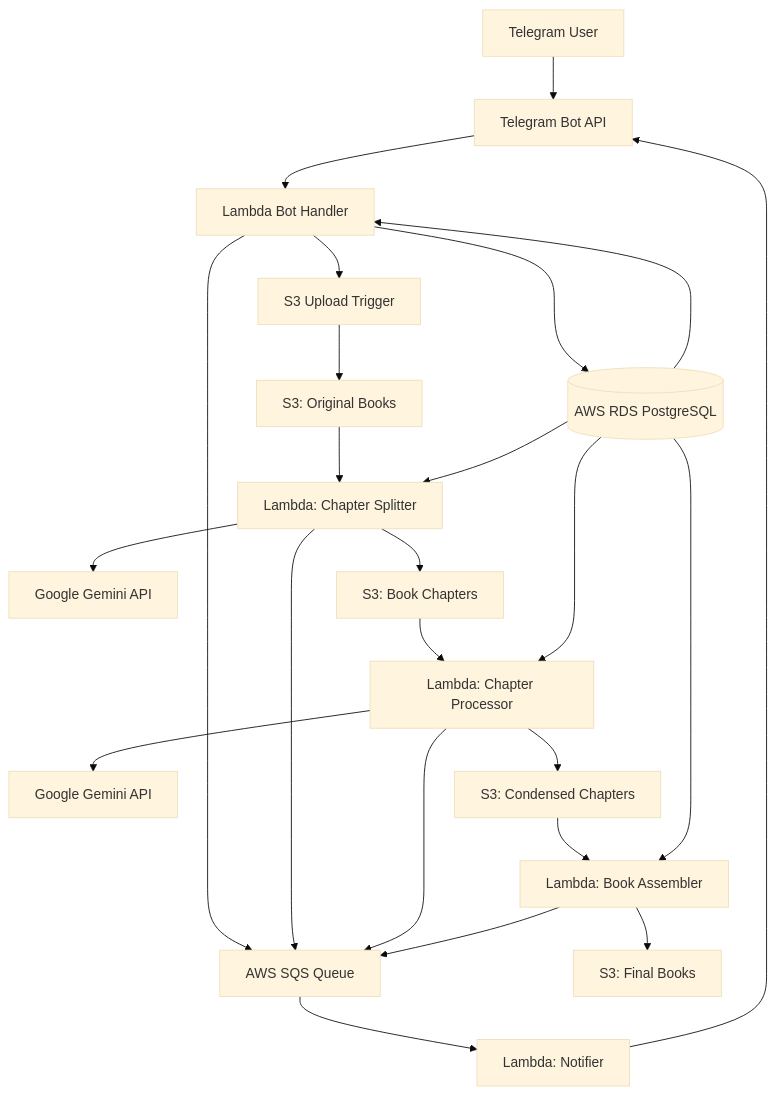
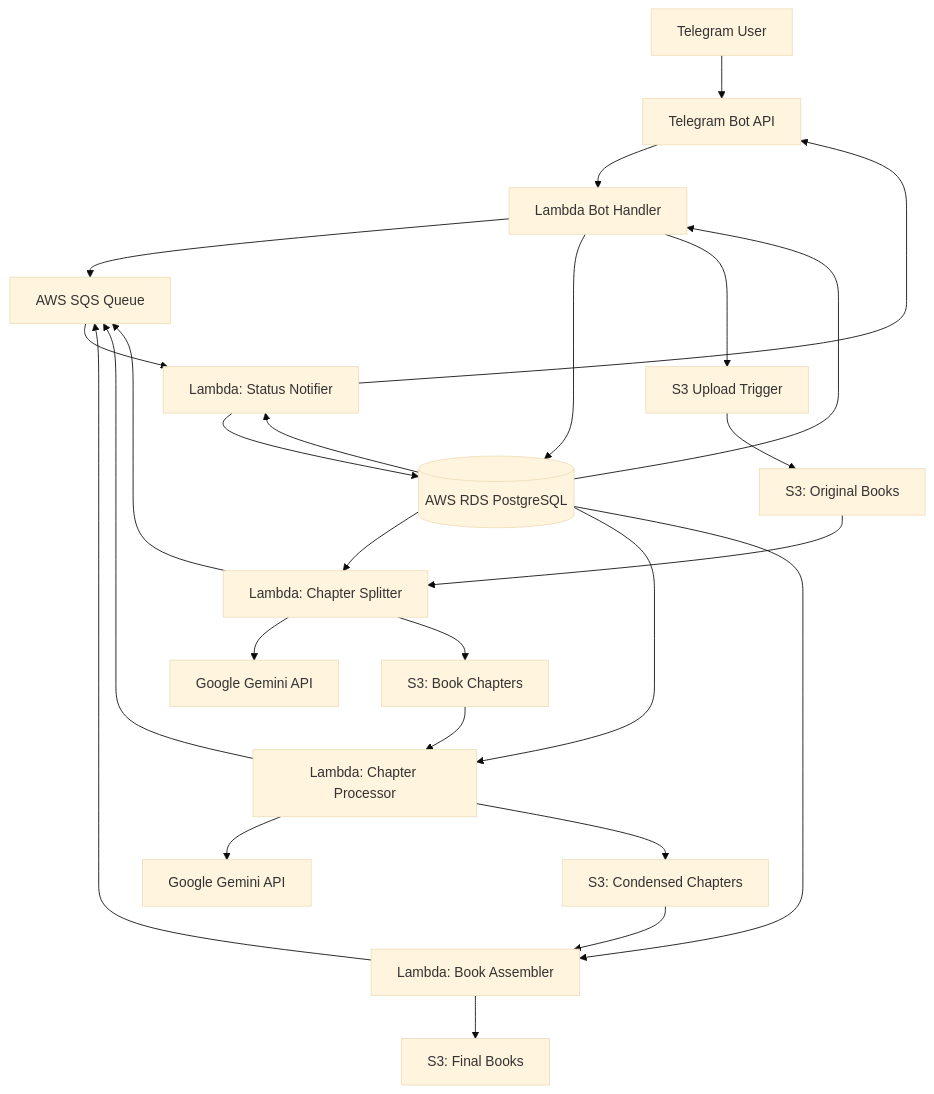
The diagram in docs/architecture-plan.md (tormozz48/bookomol), drawn with Mermaid (base theme) before and after one commit. The commit also changed other lines of this file and 10 other files, not shown here.

````diff
--- a/docs/architecture-plan.md
+++ b/docs/architecture-plan.md
@@ -10,33 +11,35 @@
 ```mermaid
 graph TB
     User[Telegram User] --> TG[Telegram Bot API]
     TG --> LB[Lambda Bot Handler]
     
     LB --> SQS[AWS SQS Queue]
     LB --> RDS[(AWS RDS PostgreSQL)]
     LB --> S3Upload[S3 Upload Trigger]
     
     S3Upload --> S3Original[S3: Original Books]
     S3Original --> LC1[Lambda: Chapter Splitter]
     
     LC1 --> Gemini1[Google Gemini API]
     LC1 --> S3Chapters[S3: Book Chapters]
     LC1 --> SQS
     
     S3Chapters --> LC2[Lambda: Chapter Processor]
     LC2 --> Gemini2[Google Gemini API]
     LC2 --> S3Condensed[S3: Condensed Chapters]
     LC2 --> SQS
     
     S3Condensed --> LC3[Lambda: Book Assembler]
     LC3 --> S3Final[S3: Final Books]
     LC3 --> SQS
     
-    SQS --> LN[Lambda: Notifier]
+    SQS --> LN[Lambda: Status Notifier]
     LN --> TG
+    LN --> RDS
     
     RDS --> LB
     RDS --> LC1
     RDS --> LC2
     RDS --> LC3
+    RDS --> LN
 ```
````
